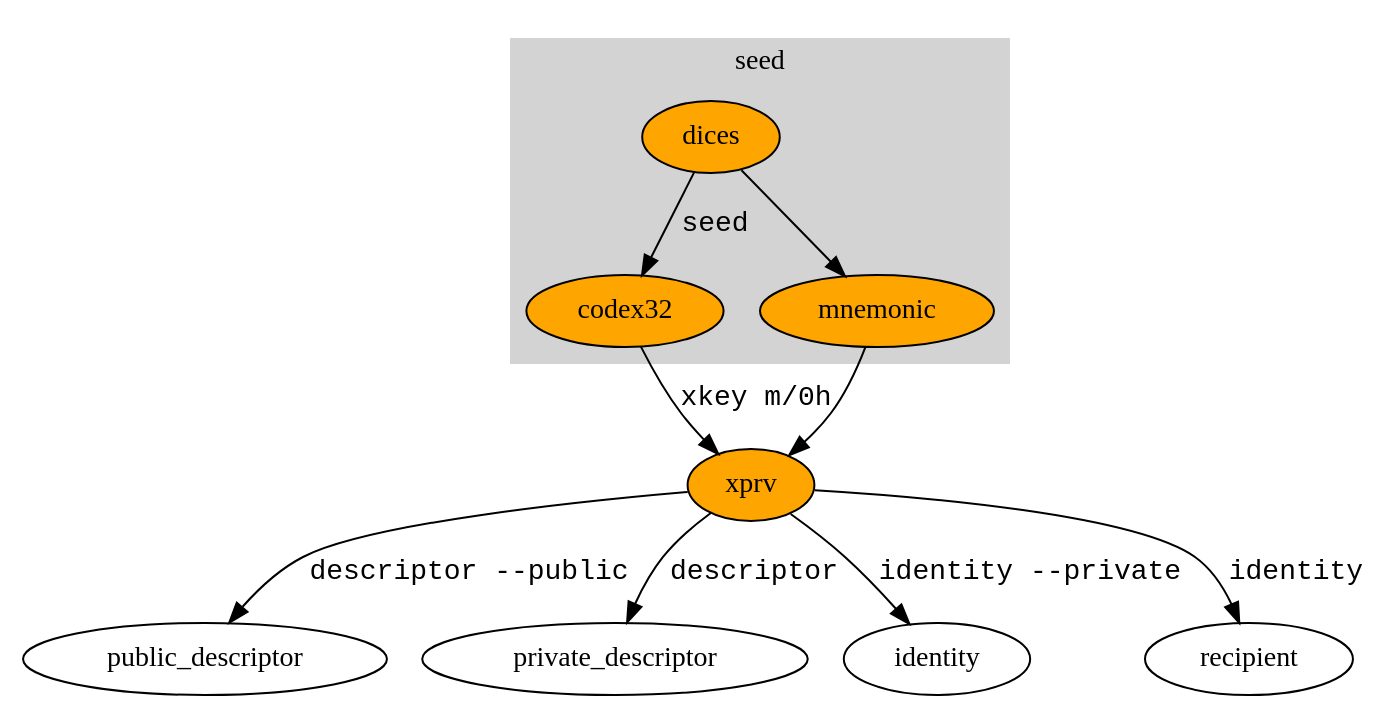
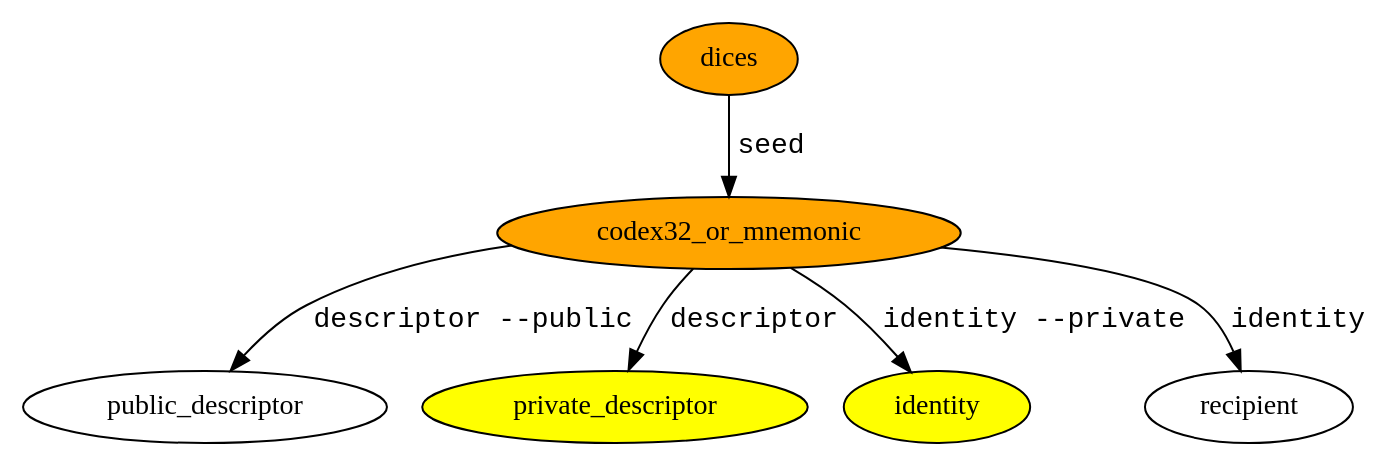
The diagram in graphviz.dot (bitcoin-dinasty/dinasty), drawn with Graphviz before and after one commit. The commit also changed 12 other files, not shown here.

Commit message:
remove xkey stage, descriptor bip86

```diff
--- a/graphviz.dot
+++ b/graphviz.dot
@@ -1,23 +1,15 @@
 digraph G {
     
-    subgraph cluster_0 {
-        style=filled;
-        color=lightgrey;
-        label="seed";
-            dices -> codex32 [label=" seed" fontname="Courier"]
-            dices -> mnemonic
-
-    }
-    codex32 -> xprv [label="xkey m/0h" fontname="Courier"]
-    mnemonic -> xprv
-    xprv -> public_descriptor [label=" descriptor --public" fontname="Courier"]
-    xprv -> private_descriptor [label=" descriptor" fontname="Courier"]
-    xprv -> identity [label=" identity --private" fontname="Courier"]
-    xprv -> recipient [label=" identity" fontname="Courier"]
+    dices -> codex32_or_mnemonic [label=" seed" fontname="Courier"]
+    
+    codex32_or_mnemonic -> public_descriptor [label=" descriptor --public" fontname="Courier"]
+    codex32_or_mnemonic -> private_descriptor [label=" descriptor" fontname="Courier"]
+    codex32_or_mnemonic -> identity [label=" identity --private" fontname="Courier"]
+    codex32_or_mnemonic -> recipient [label=" identity" fontname="Courier"]
     
     dices [style=filled, fillcolor="orange"] ;
-    codex32 [style=filled, fillcolor="orange"] ;
-    mnemonic [style=filled, fillcolor="orange"] ;
-    xprv [style=filled, fillcolor="orange"] ;
-    
+    codex32_or_mnemonic [style=filled, fillcolor="orange"] ;
+    private_descriptor [style=filled, fillcolor="yellow"] ;
+    identity [style=filled, fillcolor="yellow"] ;
+
 }
```
